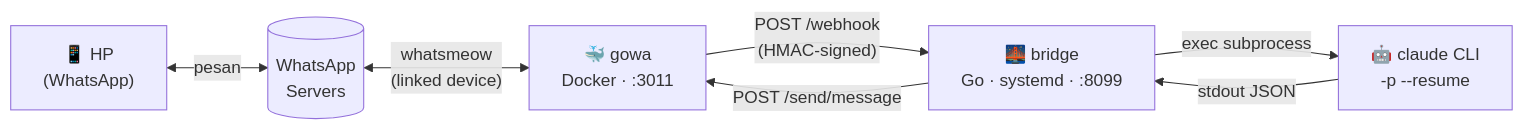
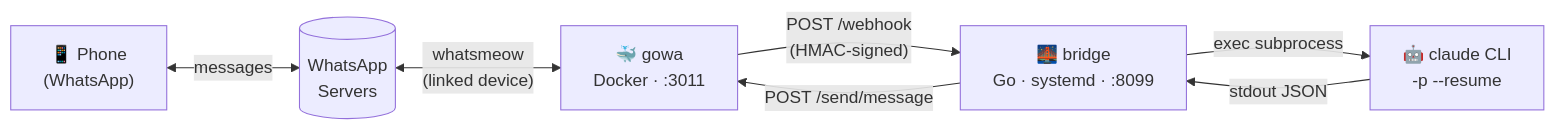
The diagram in README.md (tarkiman/claude-whatsapp), drawn with Mermaid before and after one commit. The commit also changed other lines of this file and 4 other files, not shown here.

````diff
--- a/README.md
+++ b/README.md
@@ -13,9 +15,9 @@
 ```mermaid
 flowchart LR
-    Phone["📱 HP\n(WhatsApp)"] <-->|pesan| WA[("WhatsApp\nServers")]
+    Phone["📱 Phone\n(WhatsApp)"] <-->|messages| WA[("WhatsApp\nServers")]
     WA <-->|"whatsmeow\n(linked device)"| Gowa["🐳 gowa\nDocker · :3011"]
     Gowa -->|"POST /webhook\n(HMAC-signed)"| Bridge["🌉 bridge\nGo · systemd · :8099"]
     Bridge -->|"exec subprocess"| Claude["🤖 claude CLI\n-p --resume"]
     Claude -->|"stdout JSON"| Bridge
     Bridge -->|"POST /send/message"| Gowa
 ```
````
